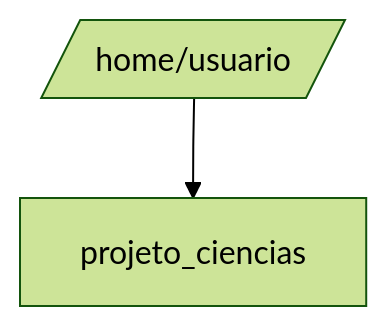
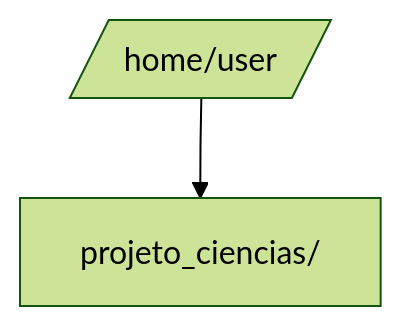
The first of 8 diagrams in 2-diretorios-gerenciamento.md (charlesfsantos/roteiros-linux), drawn with Mermaid (forest theme) before and after one commit. The commit also changed other lines of this file, not shown here.

````diff
--- a/2-diretorios-gerenciamento.md
+++ b/2-diretorios-gerenciamento.md
@@ -45,4 +45,4 @@
 ```mermaid
    flowchart TD
-   A[/home/usuario/] --> B[projeto_ciencias]
+   A[/home/user/] --> B[projeto_ciencias/]
 ```
````
